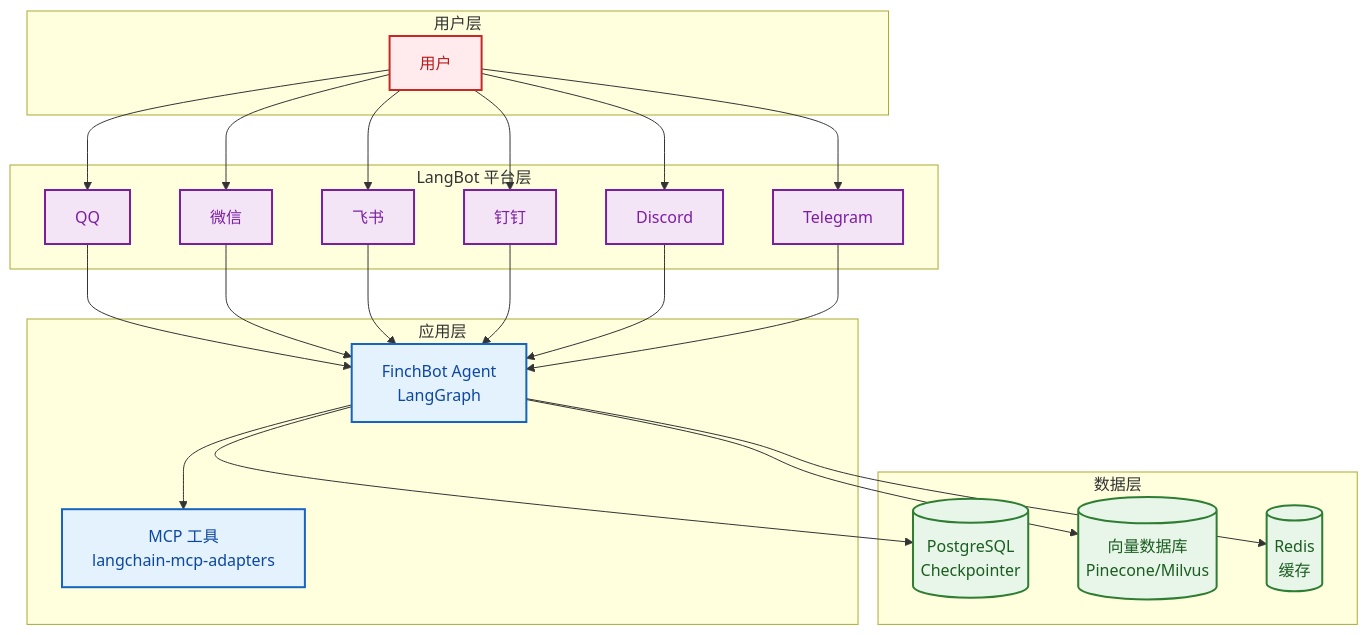
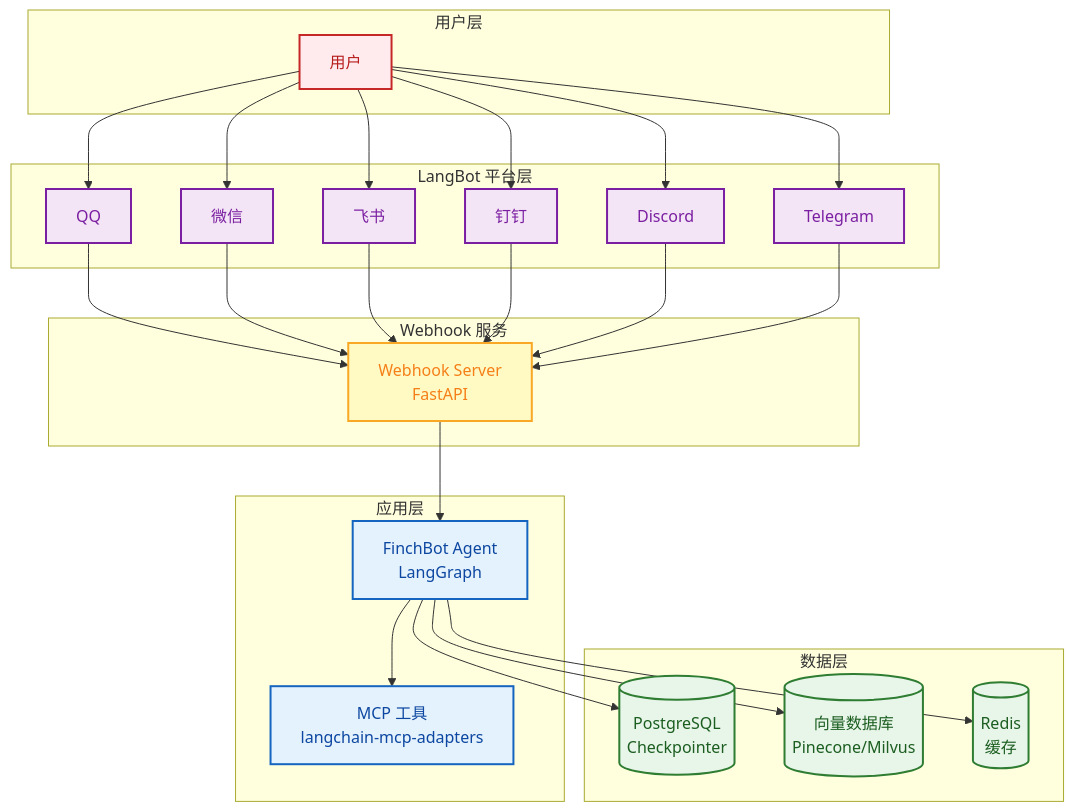
The first of 2 diagrams in docs/zh-CN/deployment.md (xt765/FinchBot), drawn with Mermaid before and after one commit. The commit also changed other lines of this file and 10 other files, not shown here.

````diff
--- a/docs/zh-CN/deployment.md
+++ b/docs/zh-CN/deployment.md
@@ -208,36 +208,42 @@
 ```mermaid
 flowchart TB
     classDef userLayer fill:#ffebee,stroke:#c62828,stroke-width:2px,color:#b71c1c;
     classDef appLayer fill:#e3f2fd,stroke:#1565c0,stroke-width:2px,color:#0d47a1;
     classDef dataLayer fill:#e8f5e9,stroke:#2e7d32,stroke-width:2px,color:#1b5e20;
     classDef langbot fill:#f3e5f5,stroke:#7b1fa2,stroke-width:2px,color:#7b1fa2;
+    classDef webhook fill:#fff9c4,stroke:#f9a825,stroke-width:2px,color:#f57f17;
 
     subgraph Users [用户层]
         U[用户]:::userLayer
     end
 
     subgraph LangBot [LangBot 平台层]
         QQ[QQ]:::langbot
         WeChat[微信]:::langbot
         Feishu[飞书]:::langbot
         DingTalk[钉钉]:::langbot
         Discord[Discord]:::langbot
         Telegram[Telegram]:::langbot
     end
 
+    subgraph Webhook [Webhook 服务]
+        WH[Webhook Server<br/>FastAPI]:::webhook
+    end
+
     subgraph App [应用层]
         Agent[FinchBot Agent<br/>LangGraph]:::appLayer
         MCP[MCP 工具<br/>langchain-mcp-adapters]:::appLayer
     end
 
     subgraph Data [数据层]
         PG[(PostgreSQL<br/>Checkpointer)]:::dataLayer
         Vector[(向量数据库<br/>Pinecone/Milvus)]:::dataLayer
         Redis[(Redis<br/>缓存)]:::dataLayer
     end
 
     U --> QQ & WeChat & Feishu & DingTalk & Discord & Telegram
-    QQ & WeChat & Feishu & DingTalk & Discord & Telegram --> Agent
+    QQ & WeChat & Feishu & DingTalk & Discord & Telegram --> WH
+    WH --> Agent
     Agent --> MCP
     Agent --> PG & Vector & Redis
 ```
````
